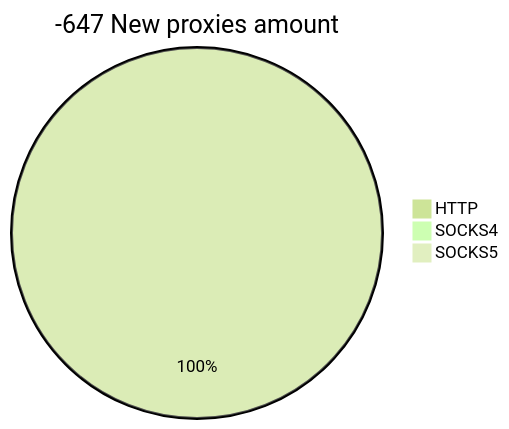
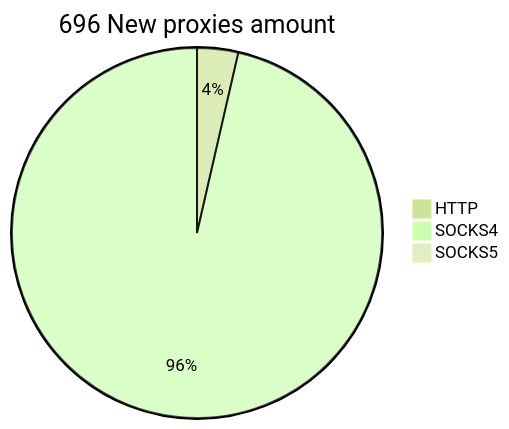
One commit to cutipu/proxylist changed the second of 2 diagrams in README.md. Above: the diagram before and after it, drawn with Mermaid (forest theme). The commit also changed other lines of this file, not shown here.

````diff
--- a/README.md
+++ b/README.md
@@ -10,6 +10,6 @@
 ```mermaid
-pie title -647 New proxies amount
+pie title 696 New proxies amount
     "HTTP" : 25
-    "SOCKS4" : 0
+    "SOCKS4" : 672
     "SOCKS5" : 0
 ```
````
